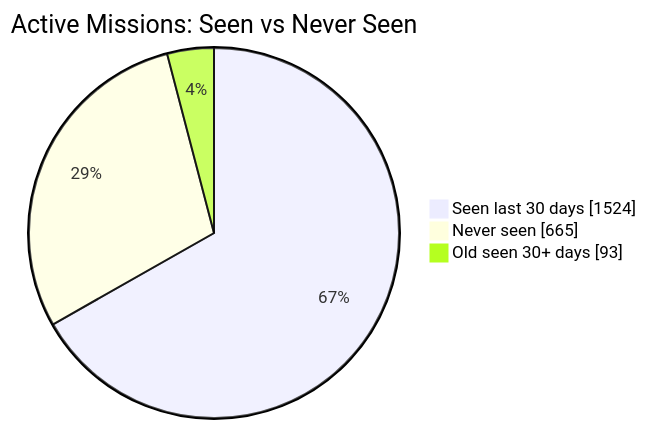
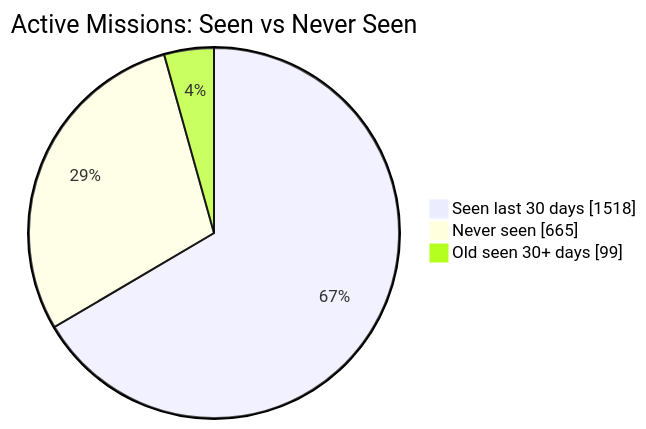
One commit to MeldkamerspelGameTeam/active-missions changed the first of 2 diagrams in README.md. Above: the diagram before and after it, drawn with Mermaid. The commit also changed other lines of this file and 2 other files, not shown here.

````diff
--- a/README.md
+++ b/README.md
@@ -34,7 +34,7 @@
 ```mermaid
 pie showData
     title Active Missions: Seen vs Never Seen
-    "Seen last 30 days" : 1524
+    "Seen last 30 days" : 1518
     "Never seen" : 665
-    "Old seen 30+ days" : 93
+    "Old seen 30+ days" : 99
 ```
````
